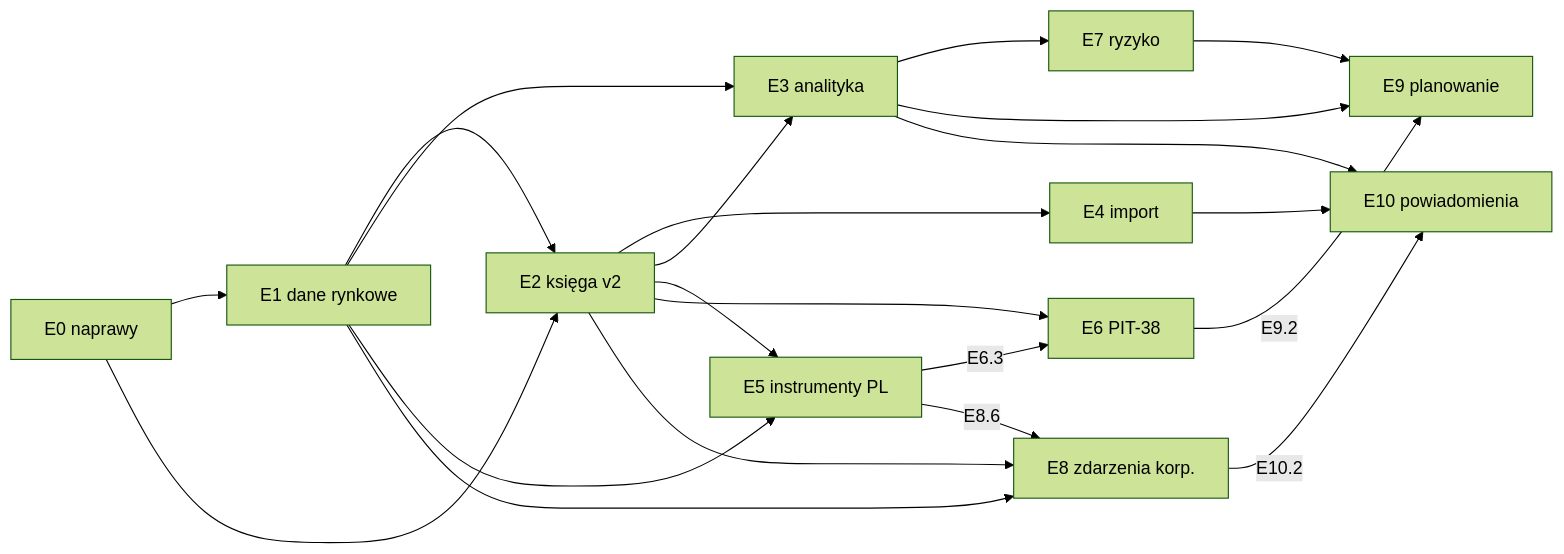
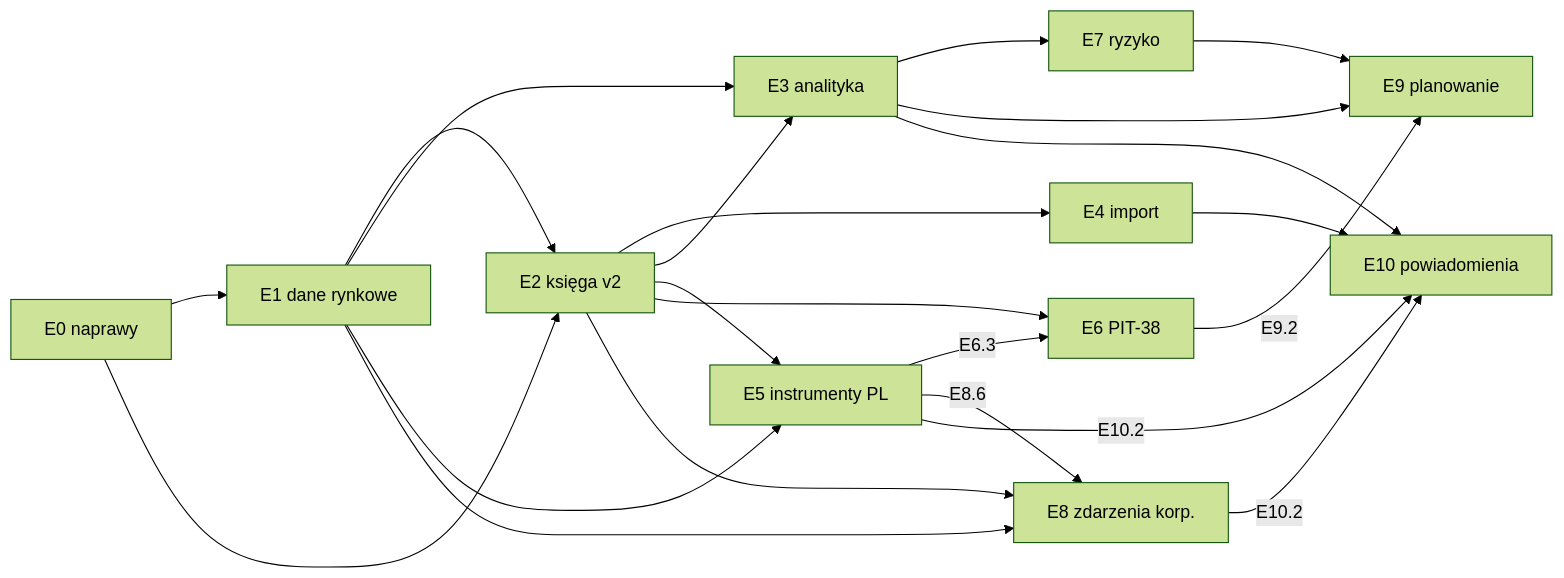
One commit to LukaszPiasecki13/found-tracker changed the diagram in docs/plans/02_roadmapa_funkcjonalna.md. Above: the diagram before and after it, drawn with Mermaid (forest theme). The commit also changed other lines of this file and 4 other files, not shown here.

First line of the commit message:
docs: spójność roadmapy po weryfikacji poprawek

````diff
--- a/docs/plans/02_roadmapa_funkcjonalna.md
+++ b/docs/plans/02_roadmapa_funkcjonalna.md
@@ -80,23 +80,24 @@
 ```mermaid
 graph LR
   E0[E0 naprawy] --> E1[E1 dane rynkowe]
   E0 --> E2[E2 księga v2]
   E1 --> E2
   E2 --> E4[E4 import]
   E1 --> E3[E3 analityka]
   E2 --> E3
   E1 --> E5[E5 instrumenty PL]
   E2 --> E5
   E2 --> E6[E6 PIT-38]
   E5 -->|E6.3| E6
   E3 --> E7[E7 ryzyko]
   E1 --> E8[E8 zdarzenia korp.]
   E2 --> E8
   E5 -->|E8.6| E8
   E3 --> E9[E9 planowanie]
   E7 --> E9
   E6 -->|E9.2| E9
   E3 --> E10[E10 powiadomienia]
   E4 --> E10
   E8 -->|E10.2| E10
+  E5 -->|E10.2| E10
 ```
````
